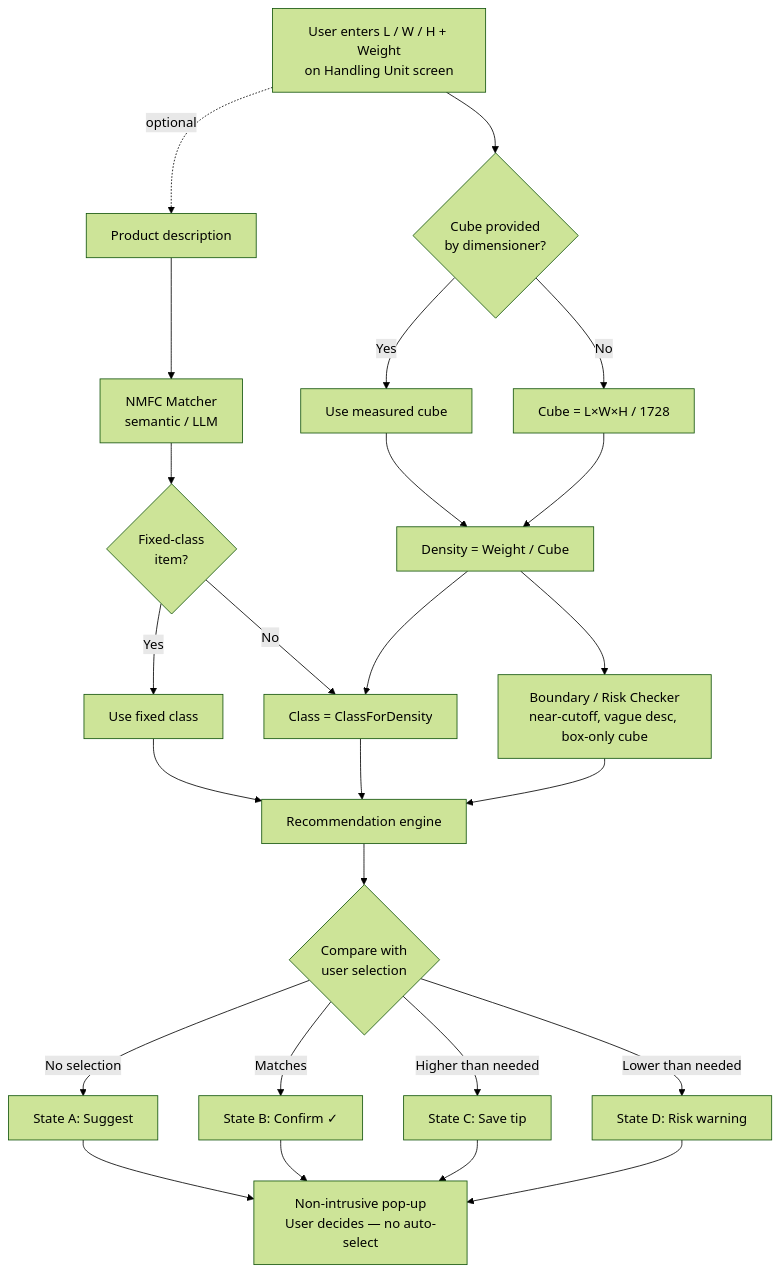
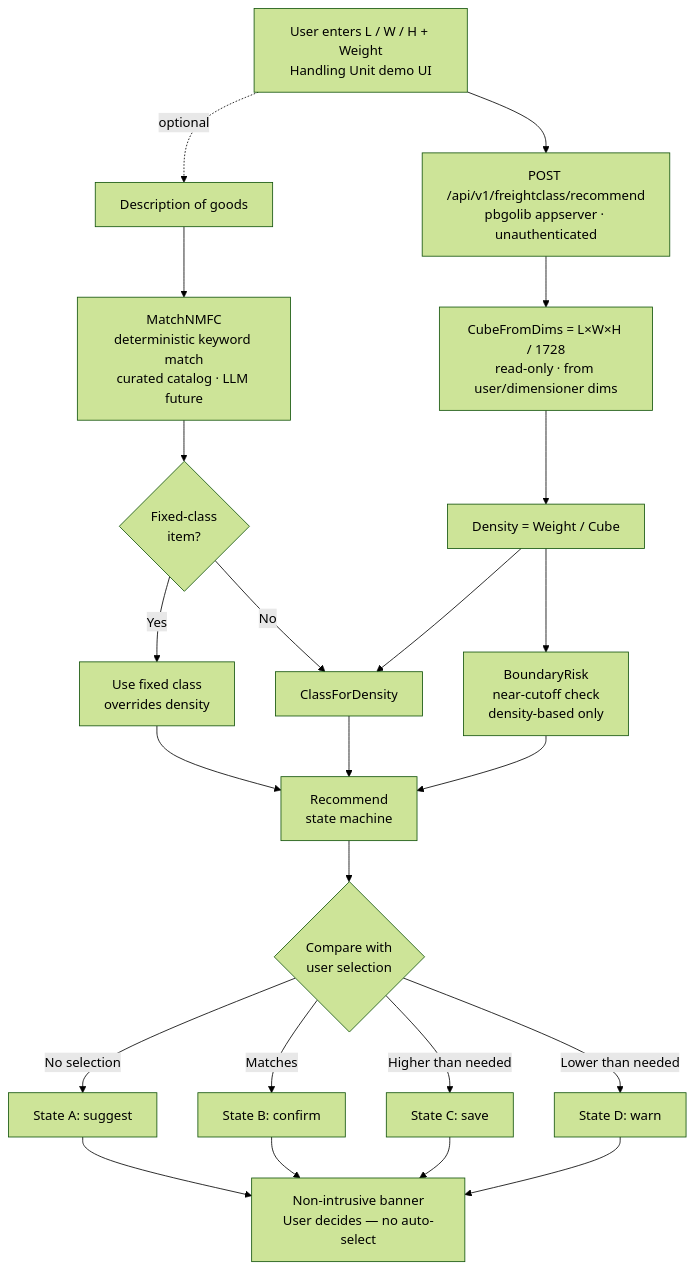
One commit to vairarchi/freight-class-recommender changed the diagram in freight-class-recommender-POC.md. Above: the diagram before and after it, drawn with Mermaid (forest theme). The commit also changed other lines of this file and 14 other files, not shown here.

First line of the commit message:
feat: implement freight class recommendation engine with boundary risk detection

````diff
--- a/freight-class-recommender-POC.md
+++ b/freight-class-recommender-POC.md
@@ -149,32 +152,30 @@
 ```mermaid
 flowchart TD
-    A[User enters L / W / H + Weight<br/>on Handling Unit screen] --> B{Cube provided<br/>by dimensioner?}
-    B -->|Yes| C[Use measured cube]
-    B -->|No| D[Cube = L×W×H / 1728]
-    C --> E[Density = Weight / Cube]
-    D --> E
+    A[User enters L / W / H + Weight<br/>Handling Unit demo UI] --> P[POST /api/v1/freightclass/recommend<br/>pbgolib appserver · unauthenticated]
+    P --> D[CubeFromDims = L×W×H / 1728<br/>read-only · from user/dimensioner dims]
+    D --> E[Density = Weight / Cube]
 
-    A -.optional.-> N[Product description]
-    N --> M[NMFC Matcher<br/>semantic / LLM]
+    A -.optional.-> N[Description of goods]
+    N --> M[MatchNMFC<br/>deterministic keyword match<br/>curated catalog · LLM future]
     M --> F{Fixed-class<br/>item?}
-    F -->|Yes| G[Use fixed class]
-    F -->|No| H[Class = ClassForDensity]
+    F -->|Yes| G[Use fixed class<br/>overrides density]
+    F -->|No| H[ClassForDensity]
     E --> H
 
-    E --> K[Boundary / Risk Checker<br/>near-cutoff, vague desc, box-only cube]
+    E --> K[BoundaryRisk<br/>near-cutoff check<br/>density-based only]
 
-    G --> R[Recommendation engine]
+    G --> R[Recommend<br/>state machine]
     H --> R
     K --> R
 
     R --> S{Compare with<br/>user selection}
-    S -->|No selection| T[State A: Suggest]
-    S -->|Matches| U[State B: Confirm ✓]
-    S -->|Higher than needed| V[State C: Save tip]
-    S -->|Lower than needed| W[State D: Risk warning]
+    S -->|No selection| T[State A: suggest]
+    S -->|Matches| U[State B: confirm]
+    S -->|Higher than needed| V[State C: save]
+    S -->|Lower than needed| W[State D: warn]
 
-    T --> Z[Non-intrusive pop-up<br/>User decides — no auto-select]
+    T --> Z[Non-intrusive banner<br/>User decides — no auto-select]
     U --> Z
     V --> Z
     W --> Z
 ```
````
